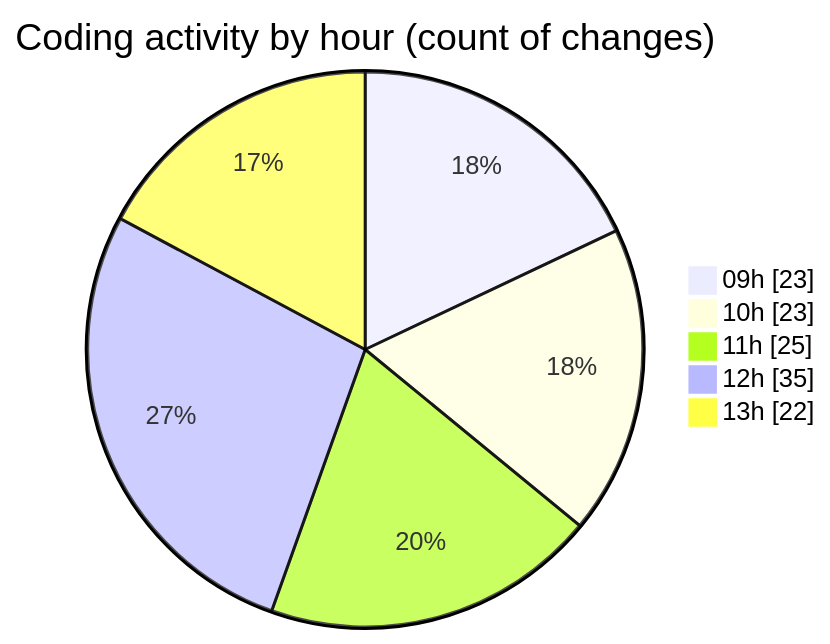
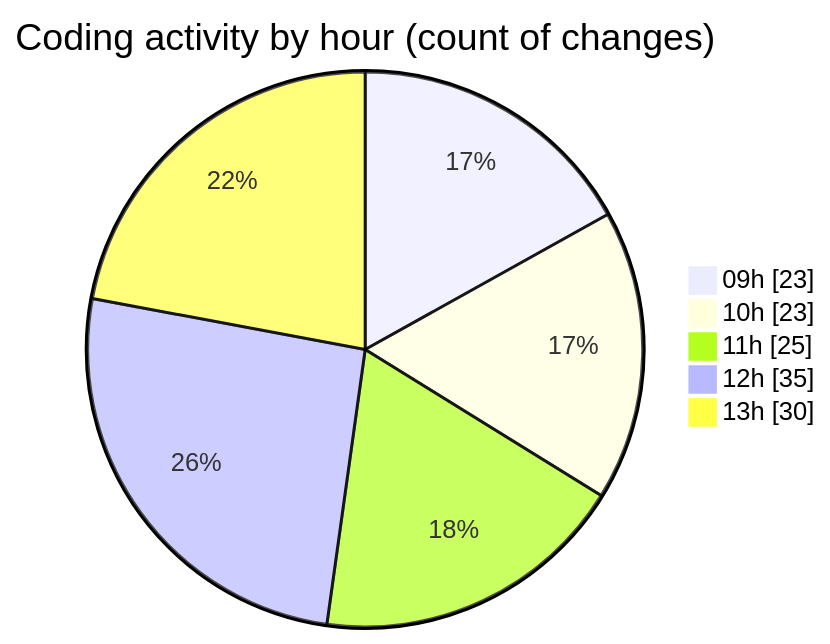
The second of 2 diagrams in 2025-10-23/cda/README.md (momahboobian/code-tracking), drawn with Mermaid before and after one commit. The commit also changed other lines of this file and 1 other file, not shown here.

````diff
--- a/2025-10-23/cda/README.md
+++ b/2025-10-23/cda/README.md
@@ -34,9 +34,9 @@
 ```mermaid
 pie showData
 title Coding activity by hour (count of changes)
 "09h" : 23
 "10h" : 23
 "11h" : 25
 "12h" : 35
-"13h" : 22
+"13h" : 30
 ```
````
